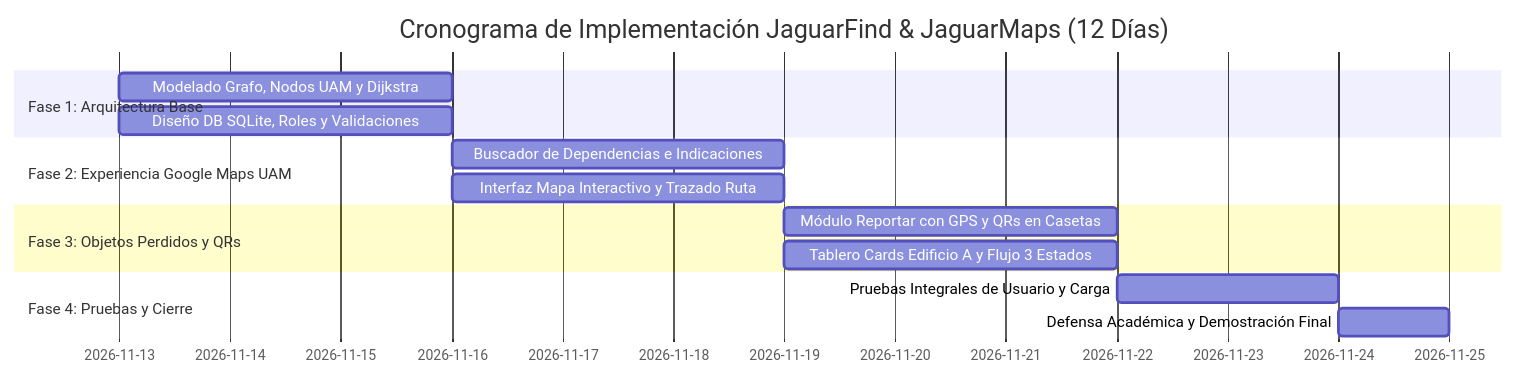
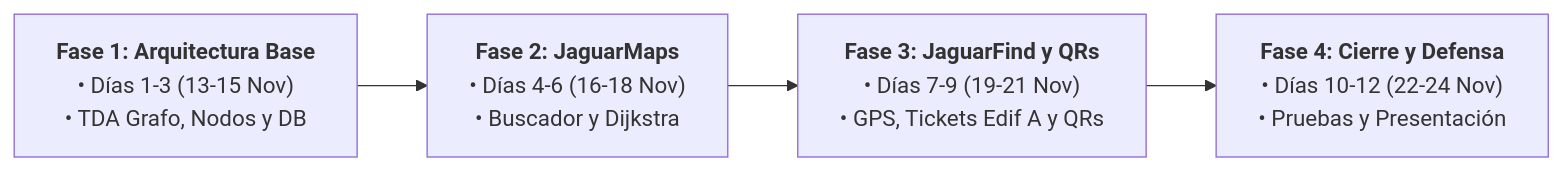
One commit to camijavi/python_flask_jaguar_find changed the fifth of 5 diagrams in ESPECIFICACION_TECNICA_JAGUARFIND.md. Above: the diagram before and after it, drawn with Mermaid. The commit also changed other lines of this file and 42 other files, not shown here.

Commit message:
initialize JaguarFind system with Flask backend, SQLite database, and interactive campus map

````diff
--- a/ESPECIFICACION_TECNICA_JAGUARFIND.md
+++ b/ESPECIFICACION_TECNICA_JAGUARFIND.md
@@ -475,17 +491,6 @@
 ```mermaid
-gantt
-    title Cronograma de Implementación JaguarFind & JaguarMaps (12 Días)
-    dateFormat  YYYY-MM-DD
-    section Fase 1: Arquitectura Base
-    Modelado Grafo, Nodos UAM y Dijkstra       :a1, 2026-11-13, 3d
-    Diseño DB SQLite, Roles y Validaciones     :a2, 2026-11-13, 3d
-    section Fase 2: Experiencia Google Maps UAM
-    Buscador de Dependencias e Indicaciones    :b1, 2026-11-16, 3d
-    Interfaz Mapa Interactivo y Trazado Ruta   :b2, 2026-11-16, 3d
-    section Fase 3: Objetos Perdidos y QRs
-    Módulo Reportar con GPS y QRs en Casetas   :c1, 2026-11-19, 3d
-    Tablero Cards Edificio A y Flujo 3 Estados :c2, 2026-11-19, 3d
-    section Fase 4: Pruebas y Cierre
-    Pruebas Integrales de Usuario y Carga      :d1, 2026-11-22, 2d
-    Defensa Académica y Demostración Final     :d2, 2026-11-24, 1d
+flowchart LR
+    F1["<b>Fase 1: Arquitectura Base</b><br>• Días 1-3 (13-15 Nov)<br>• TDA Grafo, Nodos y DB"] --> F2["<b>Fase 2: JaguarMaps</b><br>• Días 4-6 (16-18 Nov)<br>• Buscador y Dijkstra"]
+    F2 --> F3["<b>Fase 3: JaguarFind y QRs</b><br>• Días 7-9 (19-21 Nov)<br>• GPS, Tickets Edif A y QRs"]
+    F3 --> F4["<b>Fase 4: Cierre y Defensa</b><br>• Días 10-12 (22-24 Nov)<br>• Pruebas y Presentación"]
 ```
````
